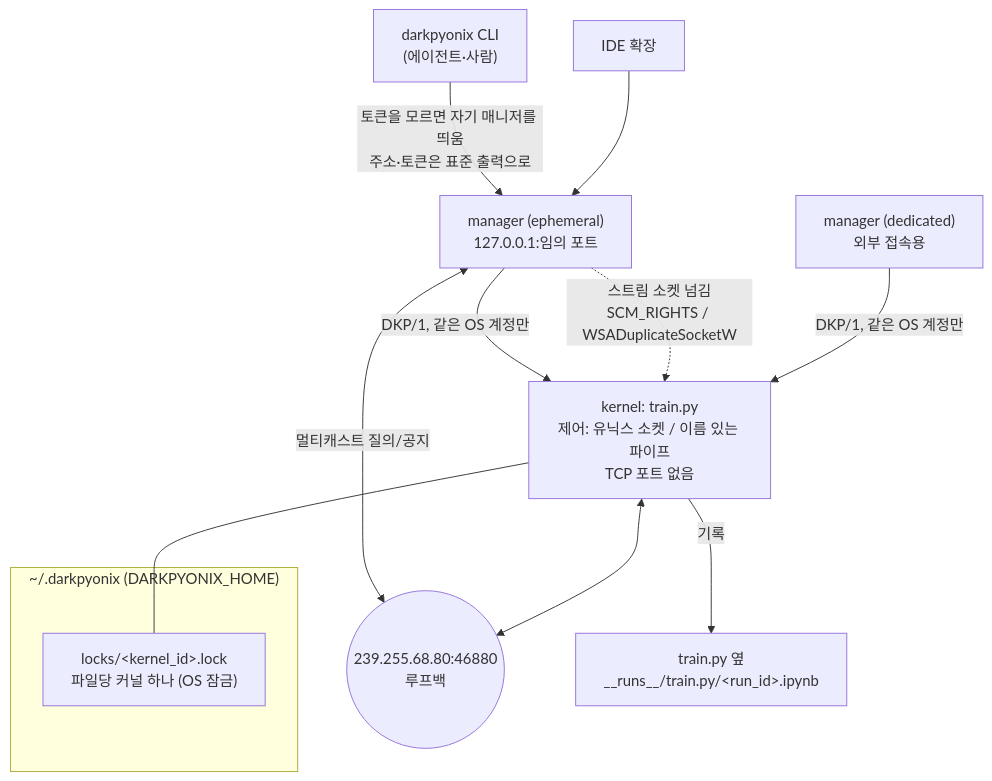
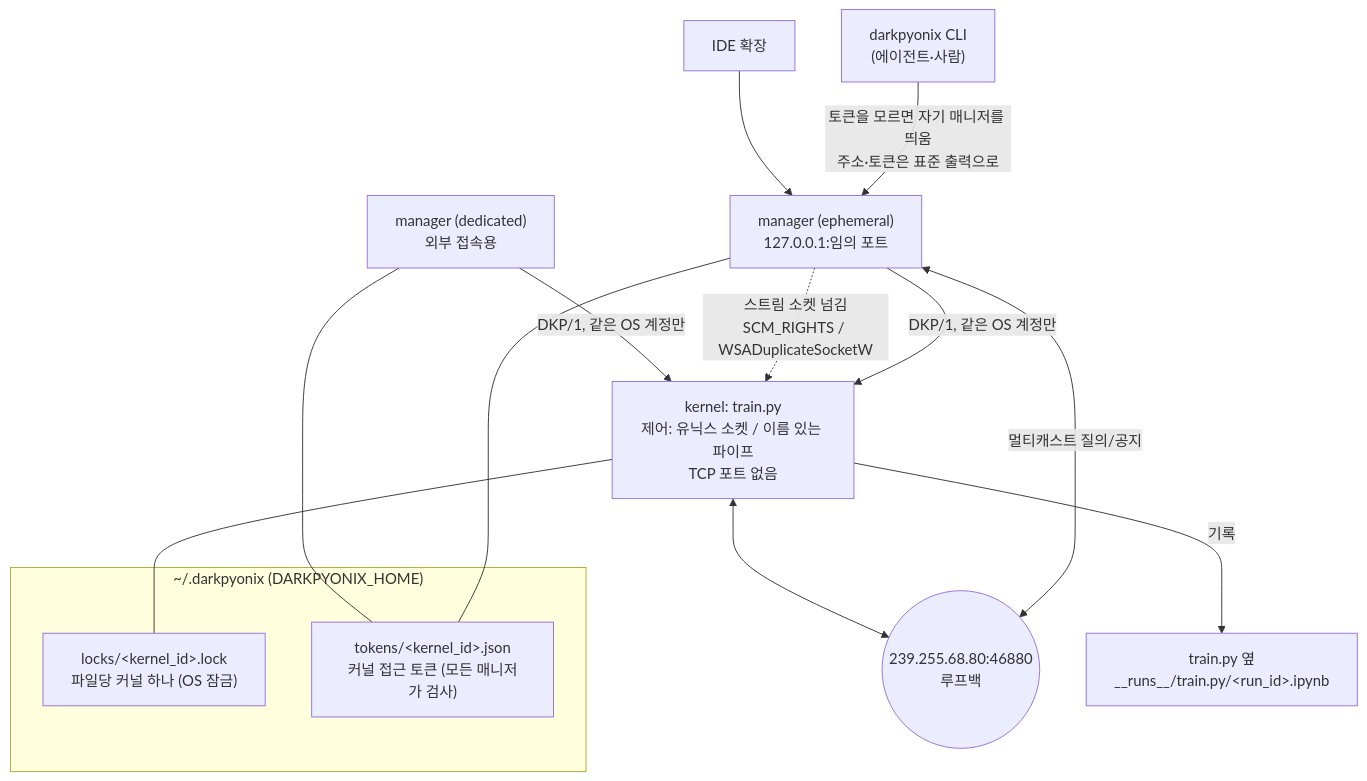
Before and after one commit to DarkPyonix/darkpyonix: the second of 6 diagrams in docs/ARCHITECTURE.md, drawn with Mermaid. The commit also changed 6 other files, not shown here.

First line of the commit message:
Docs: Bind kernel access tokens to the kernel, valid through any manager (D17, FR-A5, FR-A6)

````diff
--- a/docs/ARCHITECTURE.md
+++ b/docs/ARCHITECTURE.md
@@ -64,18 +64,21 @@
 ```mermaid
 flowchart TB
   subgraph Home["~/.darkpyonix  (DARKPYONIX_HOME)"]
     LOCK["locks/&lt;kernel_id&gt;.lock<br/>파일당 커널 하나 (OS 잠금)"]
+    TOK["tokens/&lt;kernel_id&gt;.json<br/>커널 접근 토큰 (모든 매니저가 검사)"]
   end
 
   CLI["darkpyonix CLI<br/>(에이전트·사람)"] -->|토큰을 모르면 자기 매니저를 띄움<br/>주소·토큰은 표준 출력으로| M1
   IDE2["IDE 확장"] --> M1
   M1["manager (ephemeral)<br/>127.0.0.1:임의 포트"]
   M2["manager (dedicated)<br/>외부 접속용"]
   M1 -->|DKP/1, 같은 OS 계정만| K["kernel: train.py<br/>제어: 유닉스 소켓 / 이름 있는 파이프<br/>TCP 포트 없음"]
   M1 -.->|스트림 소켓 넘김<br/>SCM_RIGHTS / WSADuplicateSocketW| K
   M2 -->|DKP/1, 같은 OS 계정만| K
   M1 <-->|멀티캐스트 질의/공지| MC(("239.255.68.80:46880<br/>루프백"))
   K <--> MC
   K --- LOCK
+  M1 --- TOK
+  M2 --- TOK
   K -->|기록| RUNS["train.py 옆<br/>__runs__/train.py/&lt;run_id&gt;.ipynb"]
 ```
````
